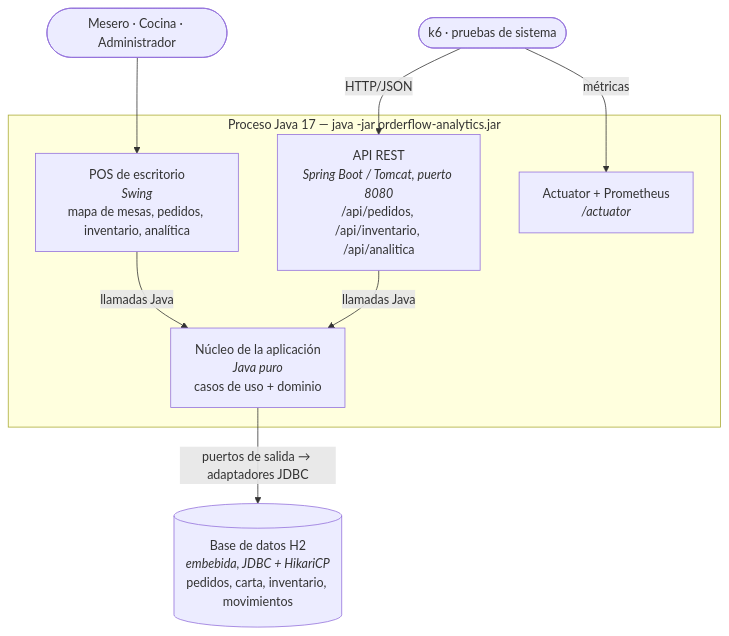
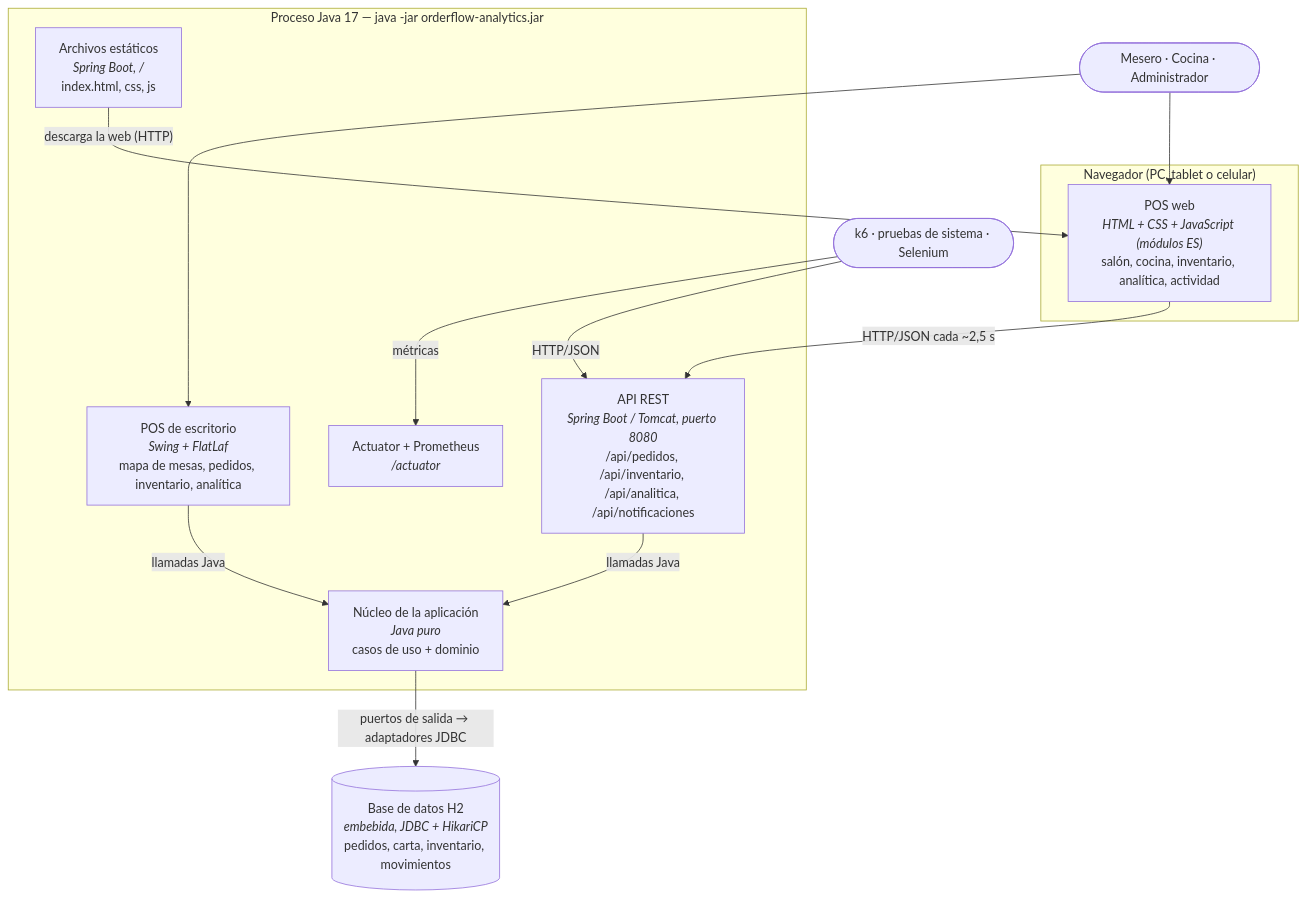
One commit to federicovaldez14/Orderflow_Analytics changed the third of 4 diagrams in docs/arquitectura.md. Above: the diagram before and after it, drawn with Mermaid. The commit also changed other lines of this file and 77 other files, not shown here.

````diff
--- a/docs/arquitectura.md
+++ b/docs/arquitectura.md
@@ -152,16 +157,23 @@
 ```mermaid
 flowchart TB
+    subgraph navegador["Navegador (PC, tablet o celular)"]
+        web["POS web<br/><i>HTML + CSS + JavaScript (módulos ES)</i><br/>salón, cocina, inventario, analítica, actividad"]
+    end
     subgraph jvm["Proceso Java 17 — java -jar orderflow-analytics.jar"]
-        pos["POS de escritorio<br/><i>Swing</i><br/>mapa de mesas, pedidos, inventario, analítica"]
-        api["API REST<br/><i>Spring Boot / Tomcat, puerto 8080</i><br/>/api/pedidos, /api/inventario, /api/analitica"]
+        pos["POS de escritorio<br/><i>Swing + FlatLaf</i><br/>mapa de mesas, pedidos, inventario, analítica"]
+        est["Archivos estáticos<br/><i>Spring Boot, /</i><br/>index.html, css, js"]
+        api["API REST<br/><i>Spring Boot / Tomcat, puerto 8080</i><br/>/api/pedidos, /api/inventario, /api/analitica, /api/notificaciones"]
         nucleo["Núcleo de la aplicación<br/><i>Java puro</i><br/>casos de uso + dominio"]
         act["Actuator + Prometheus<br/><i>/actuator</i>"]
         pos -->|"llamadas Java"| nucleo
         api -->|"llamadas Java"| nucleo
     end
     db[("Base de datos H2<br/><i>embebida, JDBC + HikariCP</i><br/>pedidos, carta, inventario, movimientos")]
     nucleo -->|"puertos de salida → adaptadores JDBC"| db
     usuarios(["Mesero · Cocina · Administrador"]) --> pos
-    http(["k6 · pruebas de sistema"]) -->|HTTP/JSON| api
+    usuarios --> web
+    est -->|"descarga la web (HTTP)"| web
+    web -->|"HTTP/JSON cada ~2,5 s"| api
+    http(["k6 · pruebas de sistema · Selenium"]) -->|HTTP/JSON| api
     http -->|métricas| act
 ```
````
